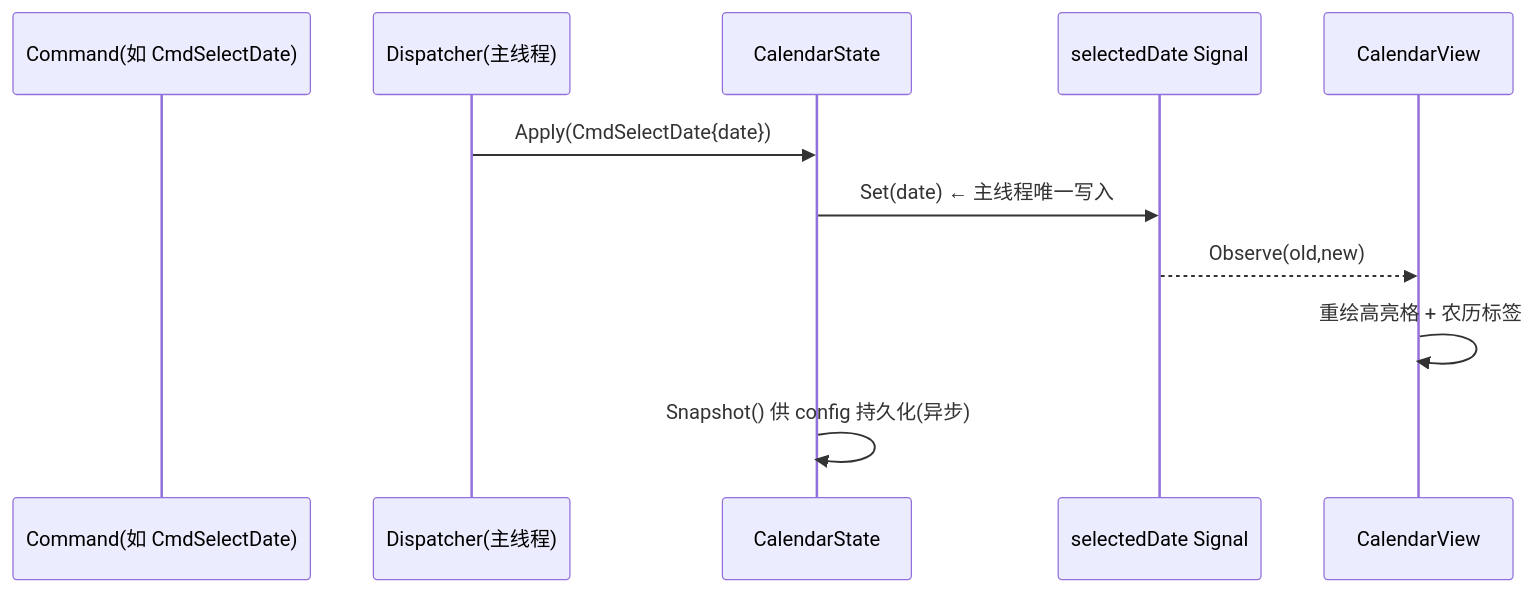
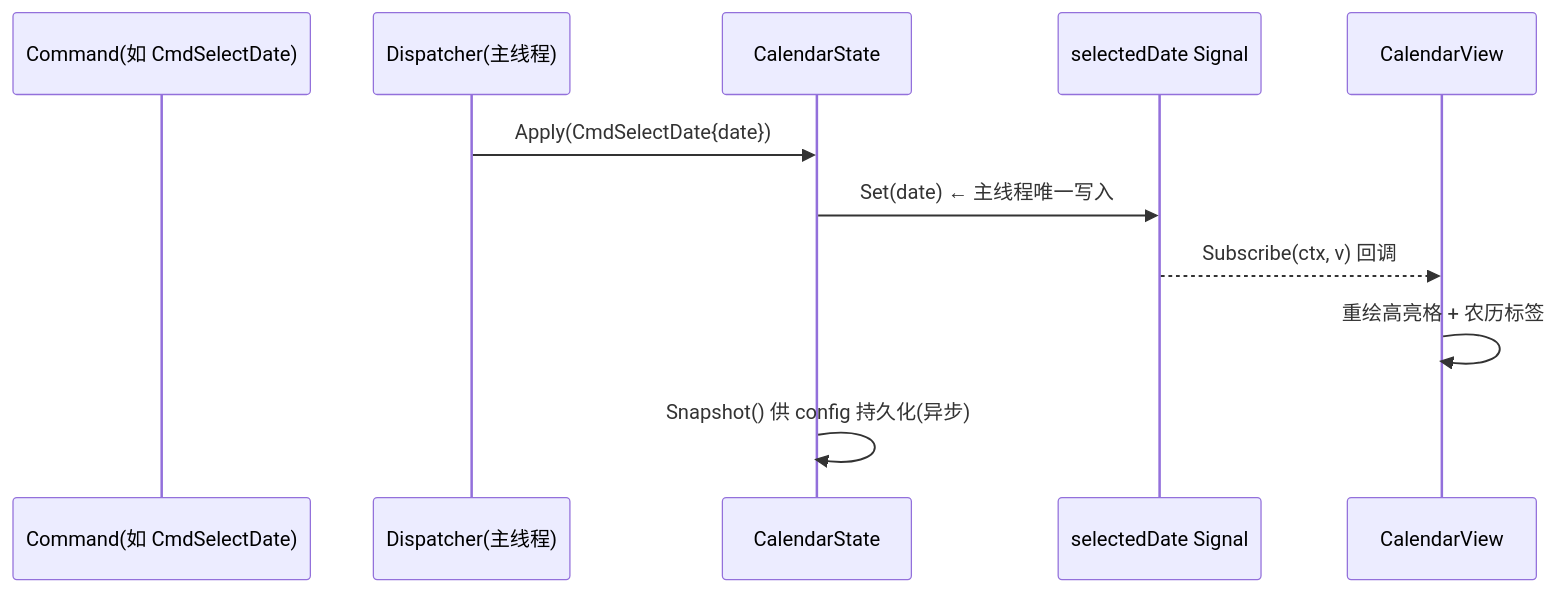
One commit to shaolei/DeskCalendar changed the third of 4 diagrams in docs/30-State/Store.md. Above: the diagram before and after it, drawn with Mermaid. The commit also changed other lines of this file and 8 other files, not shown here.

````diff
--- a/docs/30-State/Store.md
+++ b/docs/30-State/Store.md
@@ -123,14 +123,14 @@
 ```mermaid
 sequenceDiagram
     participant Cmd as Command(如 CmdSelectDate)
     participant Disp as Dispatcher(主线程)
     participant Cal as CalendarState
     participant Sig as selectedDate Signal
     participant View as CalendarView
 
     Disp->>Cal: Apply(CmdSelectDate{date})
     Cal->>Sig: Set(date)  ← 主线程唯一写入
-    Sig-->>View: Observe(old,new)
+    Sig-->>View: Subscribe(ctx, v) 回调
     View->>View: 重绘高亮格 + 农历标签
     Cal->>Cal: Snapshot() 供 config 持久化(异步)
 ```
````
